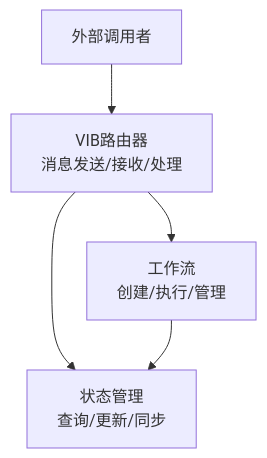
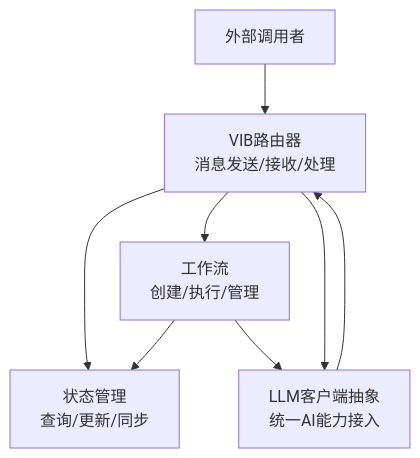
One commit to QuStarry/VIB-SparseCommunication changed the second of 7 diagrams in .qoder/repowiki/zh/content/API参考文档/API参考文档.md. Above: the diagram before and after it, drawn with Mermaid. The commit also changed other lines of this file and 28 other files, not shown here.

````diff
--- a/.qoder/repowiki/zh/content/API参考文档/API参考文档.md
+++ b/.qoder/repowiki/zh/content/API参考文档/API参考文档.md
@@ -71,7 +90,10 @@
 ```mermaid
 graph TB
 Client["外部调用者"] --> Router["VIB路由器<br/>消息发送/接收/处理"]
 Router --> State["状态管理<br/>查询/更新/同步"]
 Router --> Workflow["工作流<br/>创建/执行/管理"]
+Router --> LLM["LLM客户端抽象<br/>统一AI能力接入"]
 Workflow --> State
+Workflow --> LLM
+LLM --> Router
 ```
````
